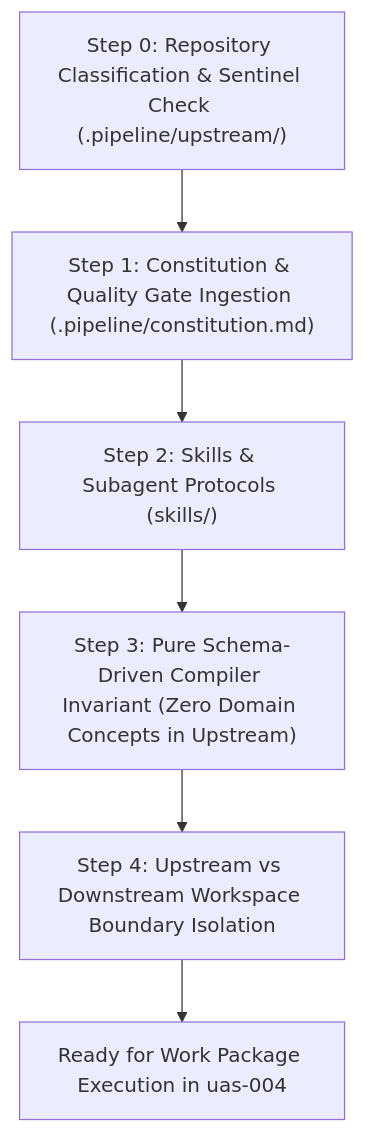
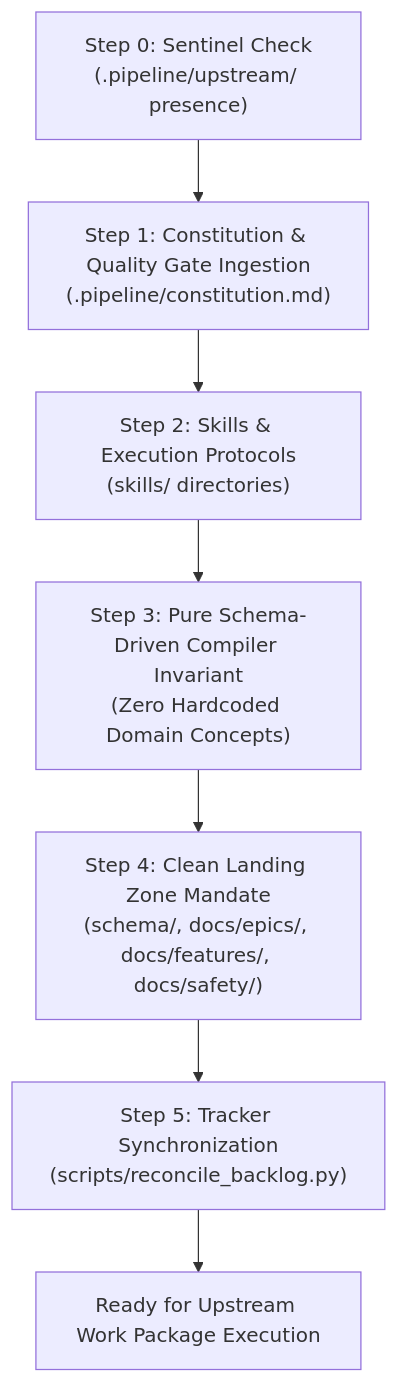
One commit to gintatkinson/DEAP01-spec-core changed the first of 5 diagrams in docs/architecture/MASTER_OPENCODE_AGENT_HANDOVER.md. Above: the diagram before and after it, drawn with Mermaid. The commit also changed other lines of this file, not shown here.

Commit message:
docs(architecture): rewrite master handover to 100% upstream DEAP01-spec-core compiler scope

````diff
--- a/docs/architecture/MASTER_OPENCODE_AGENT_HANDOVER.md
+++ b/docs/architecture/MASTER_OPENCODE_AGENT_HANDOVER.md
@@ -20,8 +22,9 @@
 ```mermaid
 flowchart TD
-    S0["Step 0: Repository Classification & Sentinel Check (.pipeline/upstream/)"] --> S1["Step 1: Constitution & Quality Gate Ingestion (.pipeline/constitution.md)"]
-    S1 --> S2["Step 2: Skills & Subagent Protocols (skills/)"]
-    S3["Step 3: Pure Schema-Driven Compiler Invariant (Zero Domain Concepts in Upstream)"] --> S4["Step 4: Upstream vs Downstream Workspace Boundary Isolation"]
-    S2 --> S3
-    S4 --> EXEC["Ready for Work Package Execution in uas-004"]
+    S0["Step 0: Sentinel Check\n(.pipeline/upstream/ presence)"] --> S1["Step 1: Constitution & Quality Gate Ingestion\n(.pipeline/constitution.md)"]
+    S1 --> S2["Step 2: Skills & Execution Protocols\n(skills/ directories)"]
+    S2 --> S3["Step 3: Pure Schema-Driven Compiler Invariant\n(Zero Hardcoded Domain Concepts)"]
+    S3 --> S4["Step 4: Clean Landing Zone Mandate\n(schema/, docs/epics/, docs/features/, docs/safety/)"]
+    S4 --> S5["Step 5: Tracker Synchronization\n(scripts/reconcile_backlog.py)"]
+    S5 --> RDY["Ready for Upstream Work Package Execution"]
 ```
````
